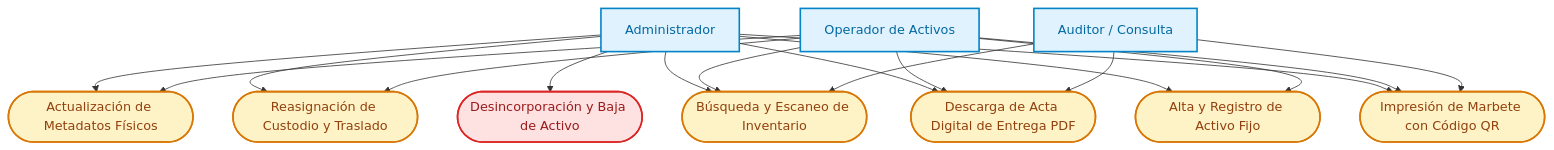
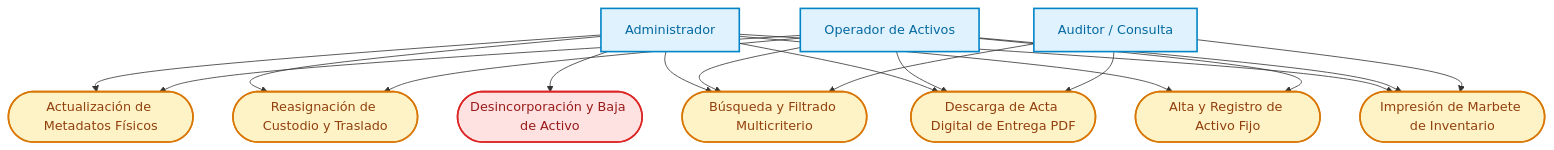
One commit to JeremyJS20/activa_core changed the first of 2 diagrams in specs/activos-fijos/02-gestion-activos-custodia/requirements.md. Above: the diagram before and after it, drawn with Mermaid. The commit also changed other lines of this file, not shown here.

````diff
--- a/specs/activos-fijos/02-gestion-activos-custodia/requirements.md
+++ b/specs/activos-fijos/02-gestion-activos-custodia/requirements.md
@@ -166,37 +165,37 @@
 ```mermaid
 graph TD
     classDef actorStyle fill:#e0f2fe,stroke:#0284c7,stroke-width:2px,color:#0369a1;
     classDef usecaseStyle fill:#fef3c7,stroke:#d97706,stroke-width:2px,color:#92400e;
     classDef adminStyle fill:#fee2e2,stroke:#dc2626,stroke-width:2px,color:#991b1b;
 
     Admin["Administrador"]:::actorStyle
     Operador["Operador de Activos"]:::actorStyle
     Auditor["Auditor / Consulta"]:::actorStyle
 
     UC1(["Alta y Registro de Activo Fijo"]):::usecaseStyle
-    UC2(["Impresión de Marbete con Código QR"]):::usecaseStyle
+    UC2(["Impresión de Marbete de Inventario"]):::usecaseStyle
     UC3(["Reasignación de Custodio y Traslado"]):::usecaseStyle
     UC4(["Descarga de Acta Digital de Entrega PDF"]):::usecaseStyle
-    UC5(["Búsqueda y Escaneo de Inventario"]):::usecaseStyle
+    UC5(["Búsqueda y Filtrado Multicriterio"]):::usecaseStyle
     UC6(["Desincorporación y Baja de Activo"]):::adminStyle
     UC7(["Actualización de Metadatos Físicos"]):::usecaseStyle
 
     Admin --> UC1
     Admin --> UC2
     Admin --> UC3
     Admin --> UC4
     Admin --> UC5
     Admin --> UC6
     Admin --> UC7
 
     Operador --> UC1
     Operador --> UC2
     Operador --> UC3
     Operador --> UC4
     Operador --> UC5
     Operador --> UC7
 
     Auditor --> UC2
     Auditor --> UC4
     Auditor --> UC5
 ```
````
